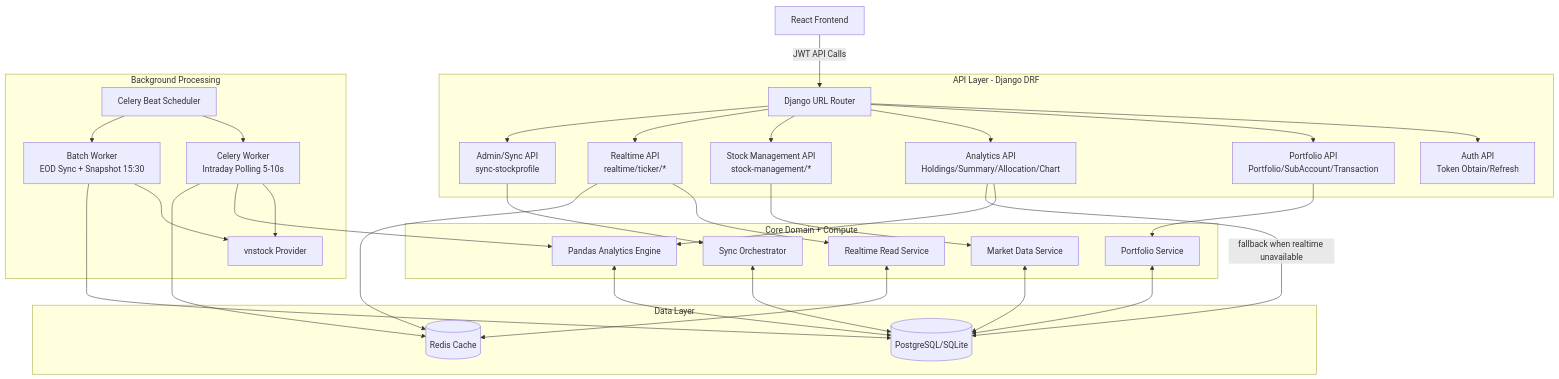
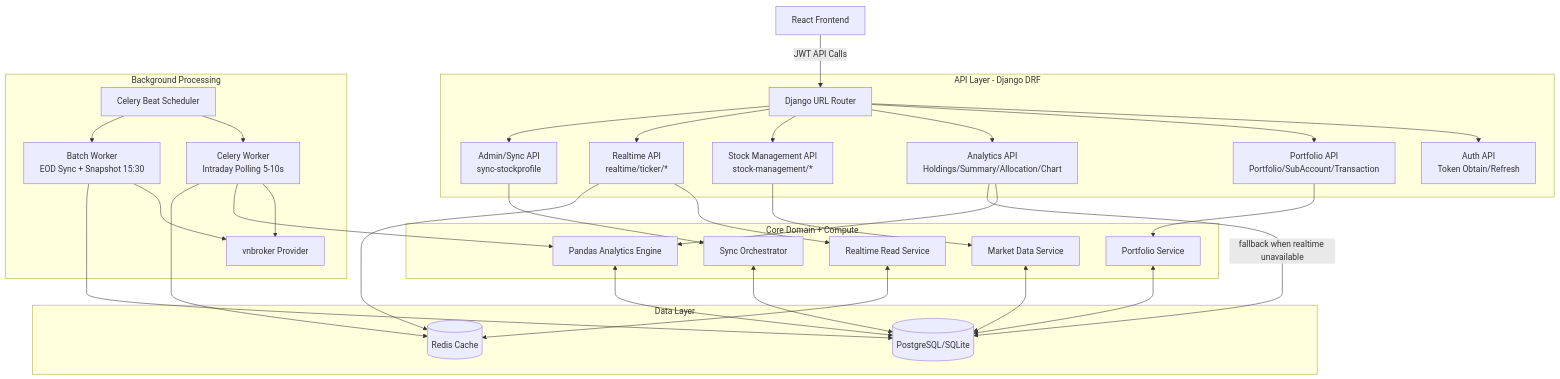
The first of 2 diagrams in docs/BACKEND_TECHNICAL_DIAGRAM_L2.md (vietdungiitb/vninvest), drawn with Mermaid before and after one commit. The commit also changed other lines of this file and 345 other files, not shown here.

````diff
--- a/docs/BACKEND_TECHNICAL_DIAGRAM_L2.md
+++ b/docs/BACKEND_TECHNICAL_DIAGRAM_L2.md
@@ -11,50 +11,50 @@
 ```mermaid
 flowchart TB
     U[React Frontend] -->|JWT API Calls| G[Django URL Router]
 
     subgraph API[API Layer - Django DRF]
         G --> A1[Auth API\nToken Obtain/Refresh]
         G --> A2[Portfolio API\nPortfolio/SubAccount/Transaction]
         G --> A3[Analytics API\nHoldings/Summary/Allocation/Chart]
         G --> A4[Stock Management API\nstock-management/*]
         G --> A5[Realtime API\nrealtime/ticker/*]
         G --> A6[Admin/Sync API\nsync-stockprofile]
     end
 
     subgraph CORE[Core Domain + Compute]
         A2 --> D1[Portfolio Service]
         A3 --> D2[Pandas Analytics Engine]
         A4 --> D3[Market Data Service]
         A5 --> D4[Realtime Read Service]
         A6 --> D5[Sync Orchestrator]
     end
 
     subgraph DATA[Data Layer]
         DB[(PostgreSQL/SQLite)]
         RC[(Redis Cache)]
     end
 
     subgraph BG[Background Processing]
         C1[Celery Beat Scheduler]
         C2[Celery Worker\nIntraday Polling 5-10s]
         C3[Batch Worker\nEOD Sync + Snapshot 15:30]
-        MKT[vnstock Provider]
+        MKT[vnbroker Provider]
     end
 
     D1 <--> DB
     D2 <--> DB
     D3 <--> DB
     D4 <--> RC
     D5 <--> DB
 
     C1 --> C2
     C1 --> C3
     C2 --> MKT
     C2 --> D2
     C2 --> RC
     C3 --> MKT
     C3 --> DB
 
     A3 -->|fallback when realtime unavailable| DB
     A5 --> RC
 ```
````
